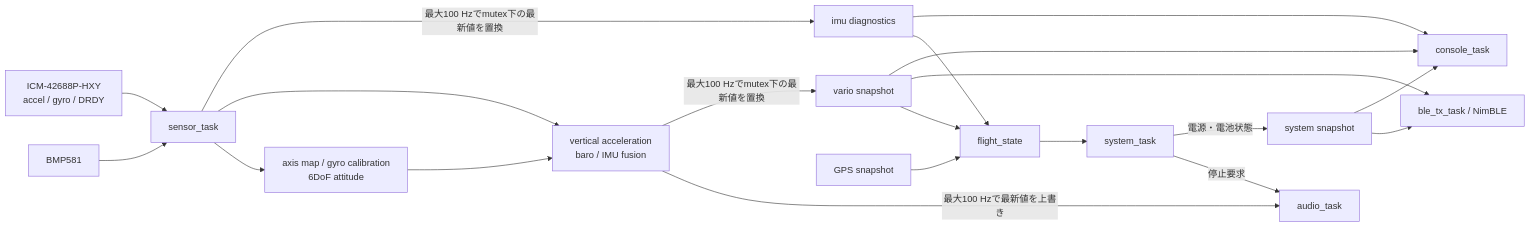
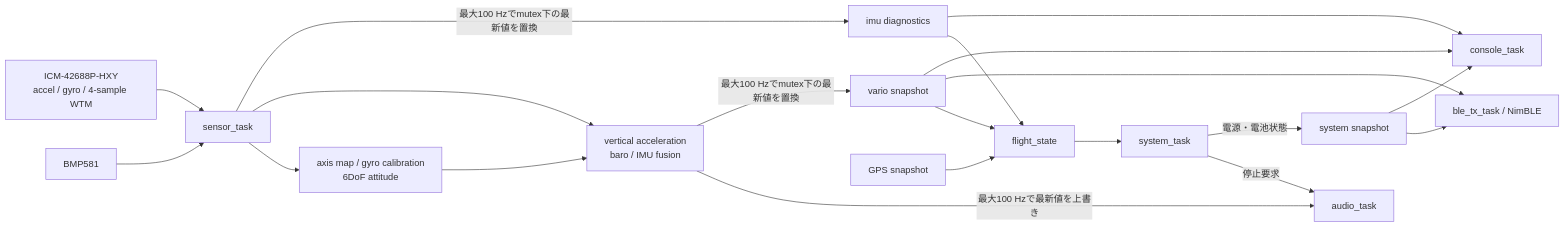
The second of 2 diagrams in DOC/SW_spec.md (Satoshi5385/CloudBaseVario), drawn with Mermaid before and after one commit. The commit also changed other lines of this file and 33 other files, not shown here.

````diff
--- a/DOC/SW_spec.md
+++ b/DOC/SW_spec.md
@@ -602,22 +606,22 @@
 ```mermaid
 flowchart LR
     BMP[BMP581] --> SENSOR[sensor_task]
-    IMU[ICM-42688P-HXY<br/>accel / gyro / DRDY] --> SENSOR
+    IMU[ICM-42688P-HXY<br/>accel / gyro / 4-sample WTM] --> SENSOR
     SENSOR --> ATTITUDE[axis map / gyro calibration<br/>6DoF attitude]
     ATTITUDE --> FUSION[vertical acceleration<br/>baro / IMU fusion]
     SENSOR --> FUSION
     FUSION -->|最大100 Hzで最新値を上書き| AUDIO[audio_task]
     FUSION -->|最大100 Hzでmutex下の最新値を置換| VARIO_SNAPSHOT[vario snapshot]
     SENSOR -->|最大100 Hzでmutex下の最新値を置換| IMU_DIAGNOSTICS[imu diagnostics]
     VARIO_SNAPSHOT --> MOTION[flight_state]
     IMU_DIAGNOSTICS --> MOTION
     GPS[GPS snapshot] --> MOTION
     MOTION --> SYSTEM
     VARIO_SNAPSHOT --> BLE[ble_tx_task / NimBLE]
     VARIO_SNAPSHOT --> CONSOLE[console_task]
     IMU_DIAGNOSTICS --> CONSOLE
     SYSTEM[system_task] -->|停止要求| AUDIO
     SYSTEM -->|電源・電池状態| SYSTEM_SNAPSHOT[system snapshot]
     SYSTEM_SNAPSHOT --> BLE
     SYSTEM_SNAPSHOT --> CONSOLE
 ```
````
